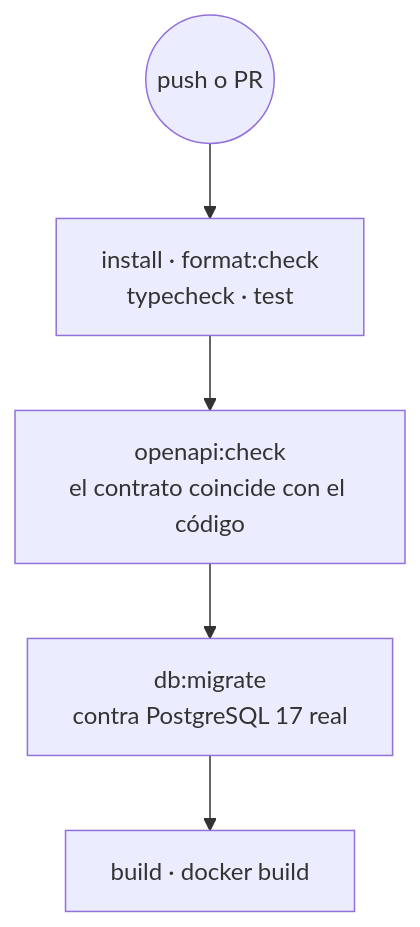
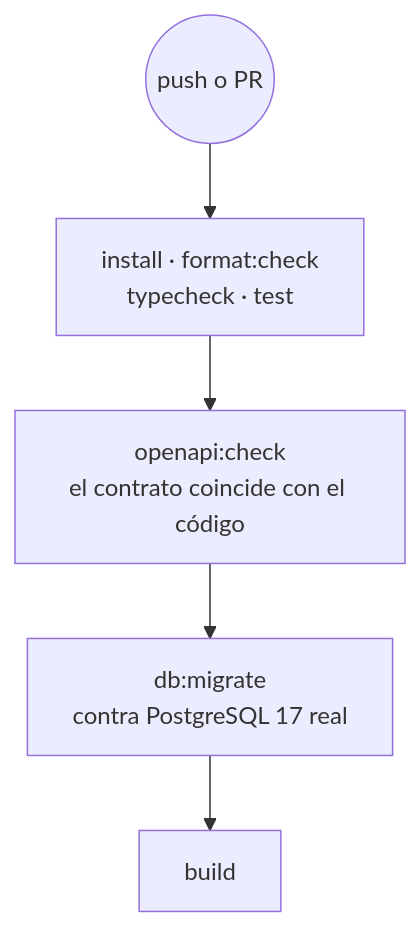
One commit to samirharrytl/DHC_landing changed the fifth of 6 diagrams in docs/plataforma/06-desarrollo-y-operacion.md. Above: the diagram before and after it, drawn with Mermaid. The commit also changed other lines of this file and 2 other files, not shown here.

First line of the commit message:
Quita Docker: el API se publica como app de Node

````diff
--- a/docs/plataforma/06-desarrollo-y-operacion.md
+++ b/docs/plataforma/06-desarrollo-y-operacion.md
@@ -406,9 +405,9 @@
 ```mermaid
 flowchart TB
     B0(("push o PR"))
     B1["install · format:check<br/>typecheck · test"]
     B2["openapi:check<br/>el contrato coincide con el código"]
     B3["db:migrate<br/>contra PostgreSQL 17 real"]
-    B4["build · docker build"]
+    B4["build"]
     B0 --> B1 --> B2 --> B3 --> B4
 ```
````
